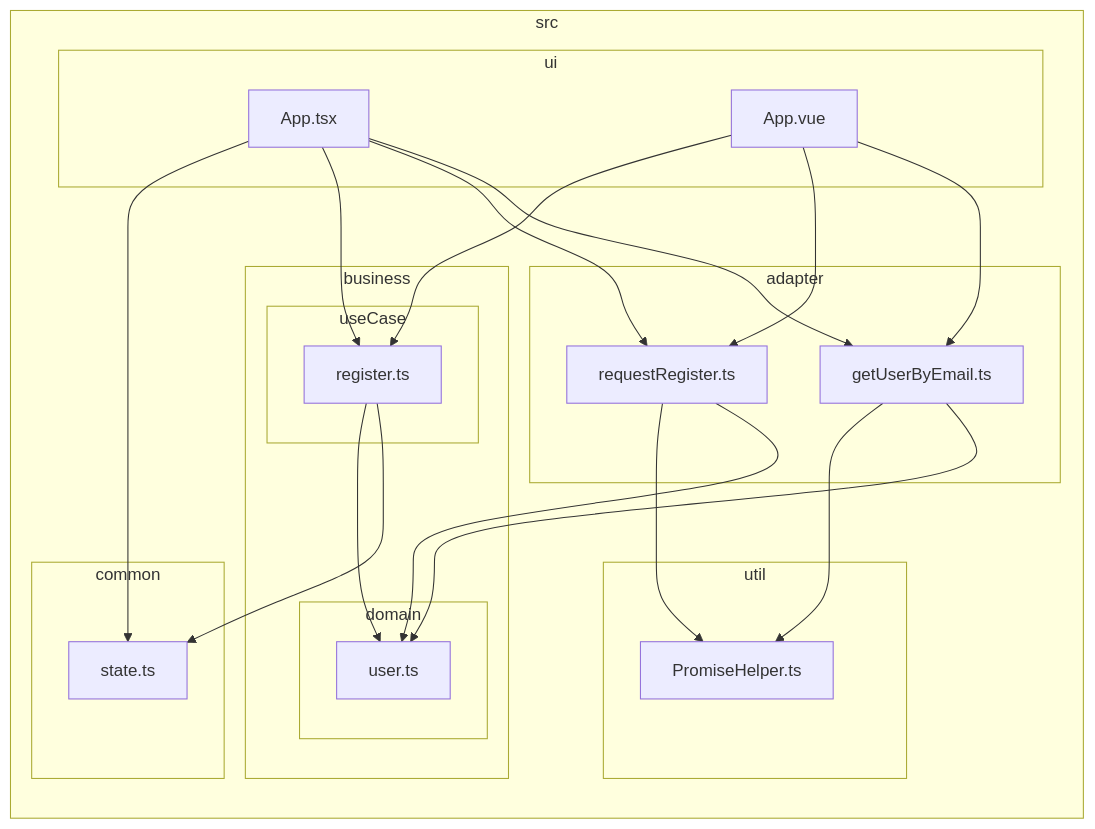
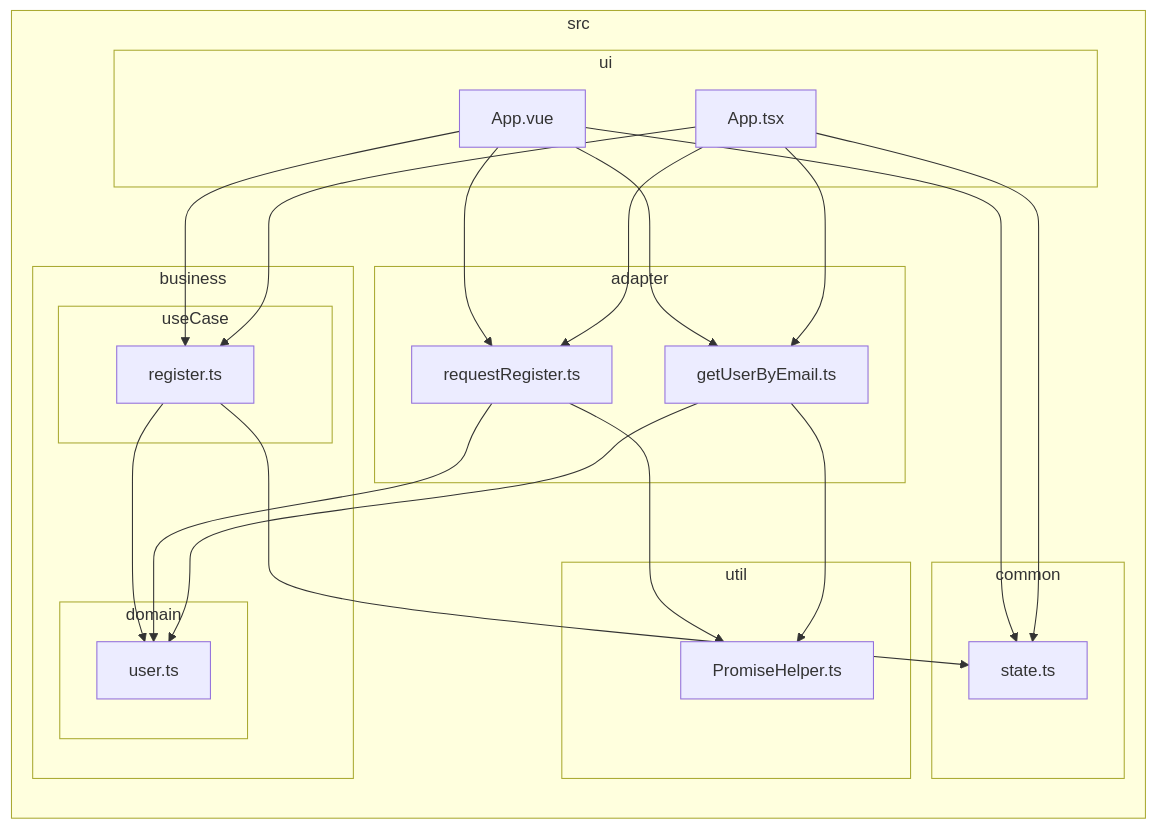
The diagram in README.md (tkntkn/clean-architecture-vending-machine), drawn with Mermaid before and after one commit. The commit also changed 1 other file, not shown here.

Commit message:
Update dependency

````diff
--- a/README.md
+++ b/README.md
@@ -2,41 +2,42 @@
 ```mermaid
 flowchart LR
 
 subgraph 0["src"]
 subgraph 1["adapter"]
 2["getUserByEmail.ts"]
 8["requestRegister.ts"]
 end
 subgraph 3["business"]
 subgraph 4["domain"]
 5["user.ts"]
 end
 subgraph 9["useCase"]
 A["register.ts"]
 end
 end
 subgraph 6["util"]
 7["PromiseHelper.ts"]
 end
 subgraph B["common"]
 C["state.ts"]
 end
 subgraph D["ui"]
 E["App.tsx"]
 F["App.vue"]
 end
 end
 2-->5
 2-->7
 8-->5
 8-->7
 A-->C
 A-->5
 E-->2
 E-->8
 E-->A
 E-->C
 F-->2
 F-->8
 F-->A
+F-->C
 ```
````
